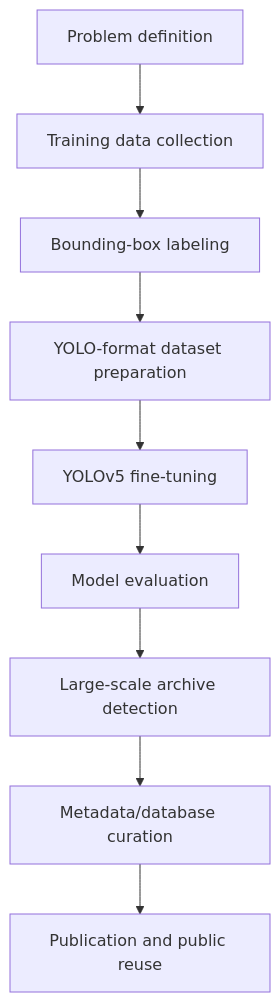
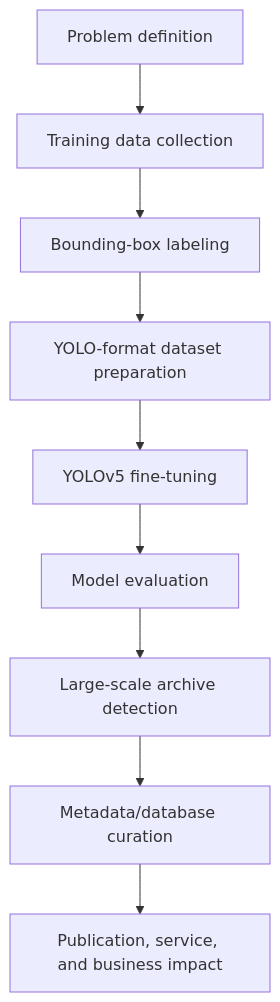
One commit to Lee2379/chosun-archive-ai-data-science changed the diagram in docs/methodology.md. Above: the diagram before and after it, drawn with Mermaid. The commit also changed other lines of this file and 7 other files, not shown here.

````diff
--- a/docs/methodology.md
+++ b/docs/methodology.md
@@ -7,11 +7,11 @@
 ```mermaid
 flowchart TD
     A["Problem definition"] --> B["Training data collection"]
     B --> C["Bounding-box labeling"]
     C --> D["YOLO-format dataset preparation"]
     D --> E["YOLOv5 fine-tuning"]
     E --> F["Model evaluation"]
     F --> G["Large-scale archive detection"]
     G --> H["Metadata/database curation"]
-    H --> I["Publication and public reuse"]
+    H --> I["Publication, service, and business impact"]
 ```
````
